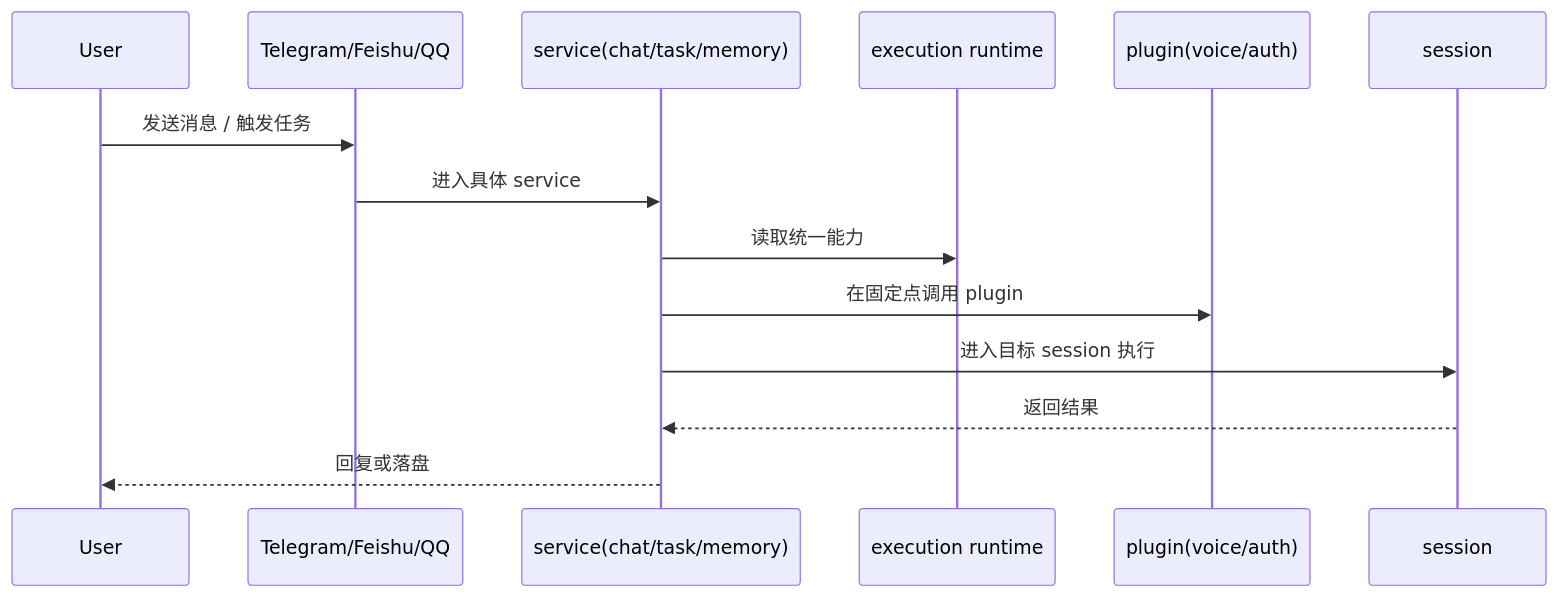
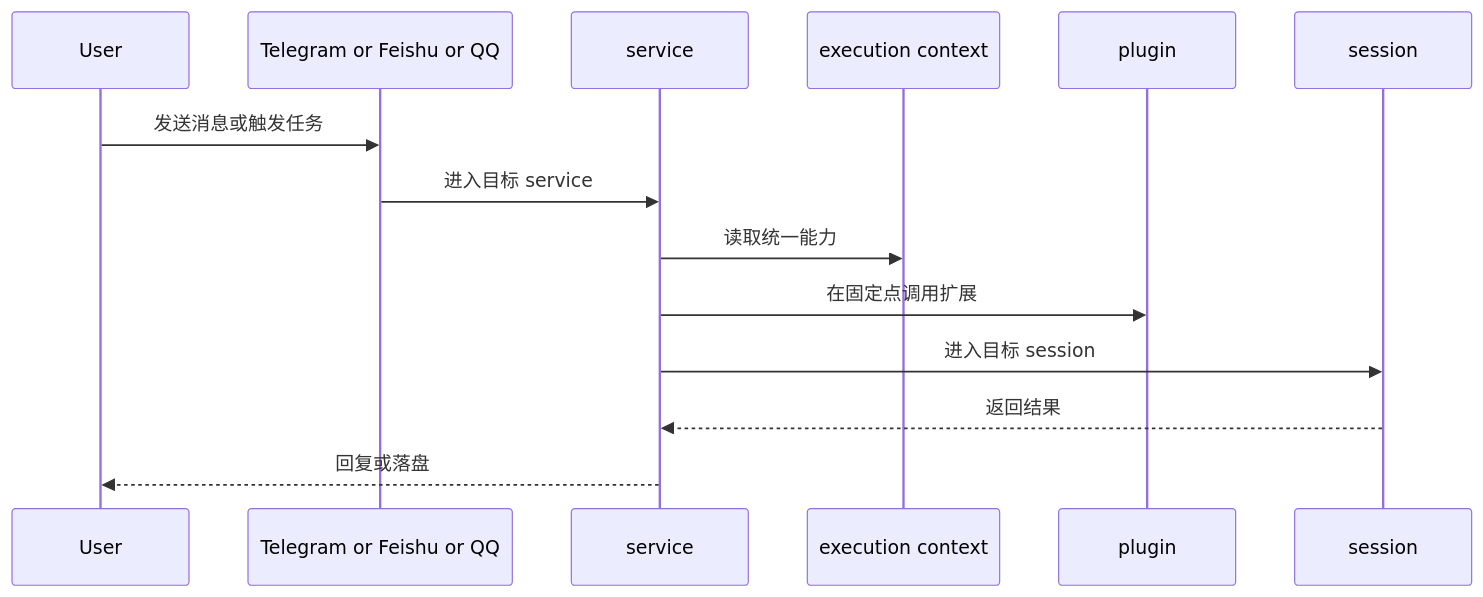
One commit to wangenius/downcity changed the second of 2 diagrams in homepage/content/docs/zh/concepts/logic-map.mdx. Above: the diagram before and after it, drawn with Mermaid. The commit also changed other lines of this file and 96 other files, not shown here.

````diff
--- a/homepage/content/docs/zh/concepts/logic-map.mdx
+++ b/homepage/content/docs/zh/concepts/logic-map.mdx
@@ -46,17 +46,17 @@
 ```mermaid
 sequenceDiagram
   participant User as User
-  participant Channel as Telegram/Feishu/QQ
-  participant Service as service(chat/task/memory)
-  participant Runtime as execution runtime
-  participant Plugin as plugin(voice/auth)
+  participant Channel as Telegram or Feishu or QQ
+  participant Service as service
+  participant Context as execution context
+  participant Plugin as plugin
   participant Session as session
 
-  User->>Channel: 发送消息 / 触发任务
-  Channel->>Service: 进入具体 service
-  Service->>Runtime: 读取统一能力
-  Service->>Plugin: 在固定点调用 plugin
-  Service->>Session: 进入目标 session 执行
+  User->>Channel: 发送消息或触发任务
+  Channel->>Service: 进入目标 service
+  Service->>Context: 读取统一能力
+  Service->>Plugin: 在固定点调用扩展
+  Service->>Session: 进入目标 session
   Session-->>Service: 返回结果
   Service-->>User: 回复或落盘
 ```
````
